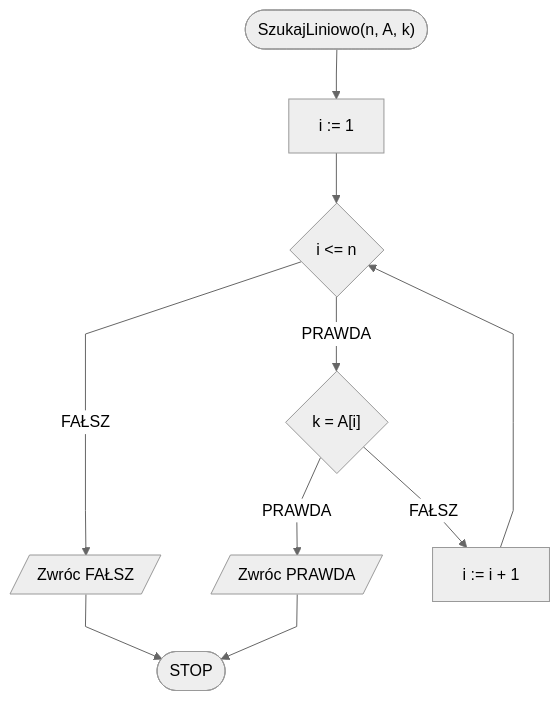
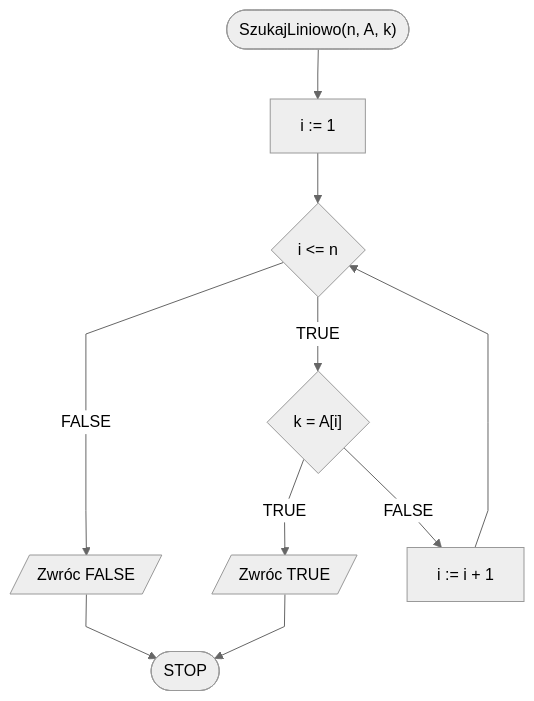
Before and after one commit to blackbat13/edu-cs-htiew-en: the first of 3 diagrams in docs/algorithms/searching/linear-search.md, drawn with Mermaid. The commit also changed other lines of this file and 682 other files, not shown here.

````diff
--- a/docs/algorithms/searching/linear-search.md
+++ b/docs/algorithms/searching/linear-search.md
@@ -93,13 +93,13 @@
 ```mermaid
 %%{init: {"flowchart": {"curve": "linear"}, "theme": "neutral"} }%%
 flowchart TD
 	START(["SzukajLiniowo(n, A, k)"]) --> B[i := 1]
 	B --> C{i <= n}
-	C -- FAŁSZ --> D[/Zwróc FAŁSZ/]
-	C -- PRAWDA --> E{"k = A[i]"}
-	E -- PRAWDA --> F[/Zwróc PRAWDA/]
-	E -- FAŁSZ --> G[i := i + 1]
+	C -- FALSE --> D[/Zwróc FALSE/]
+	C -- TRUE --> E{"k = A[i]"}
+	E -- TRUE --> F[/Zwróc TRUE/]
+	E -- FALSE --> G[i := i + 1]
 	G --> C
 	D --> STOP([STOP])
 	F --> STOP
 ```
````
